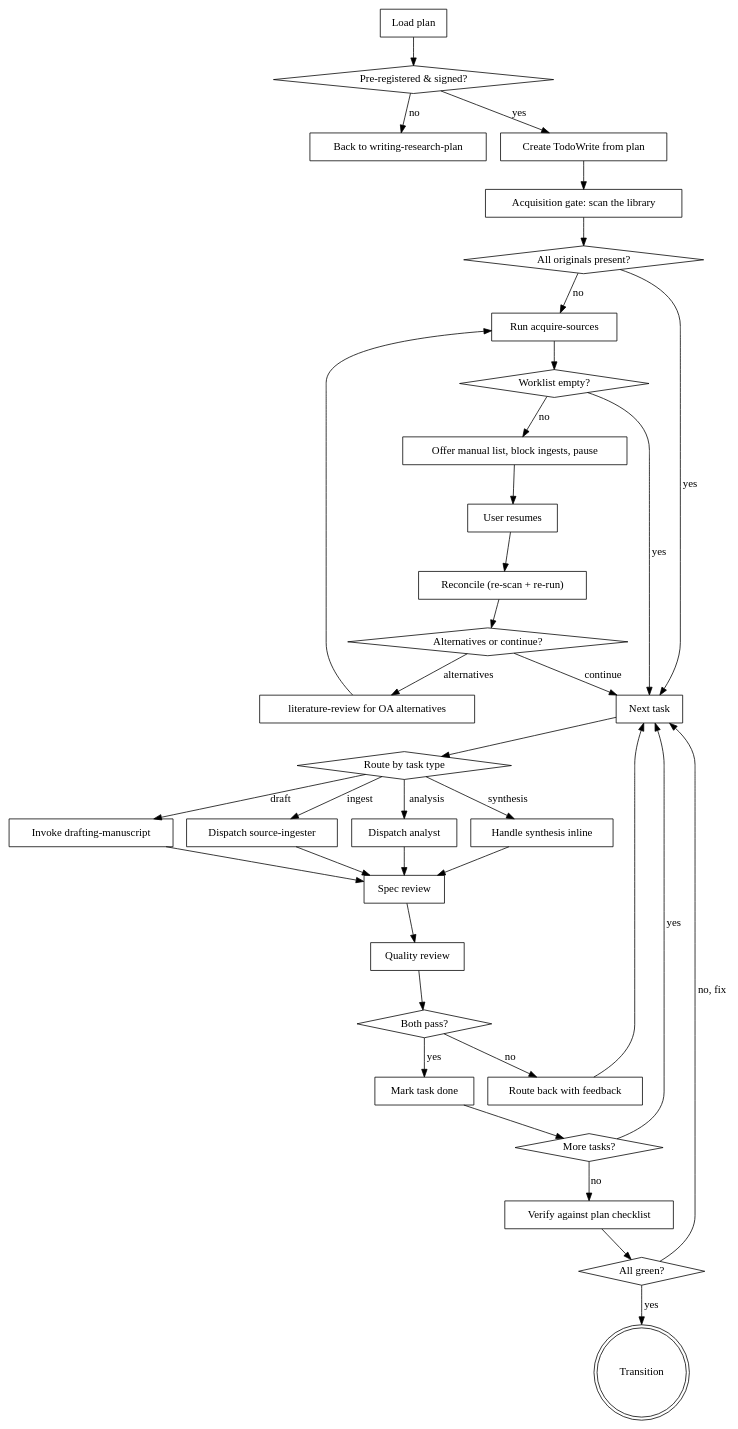
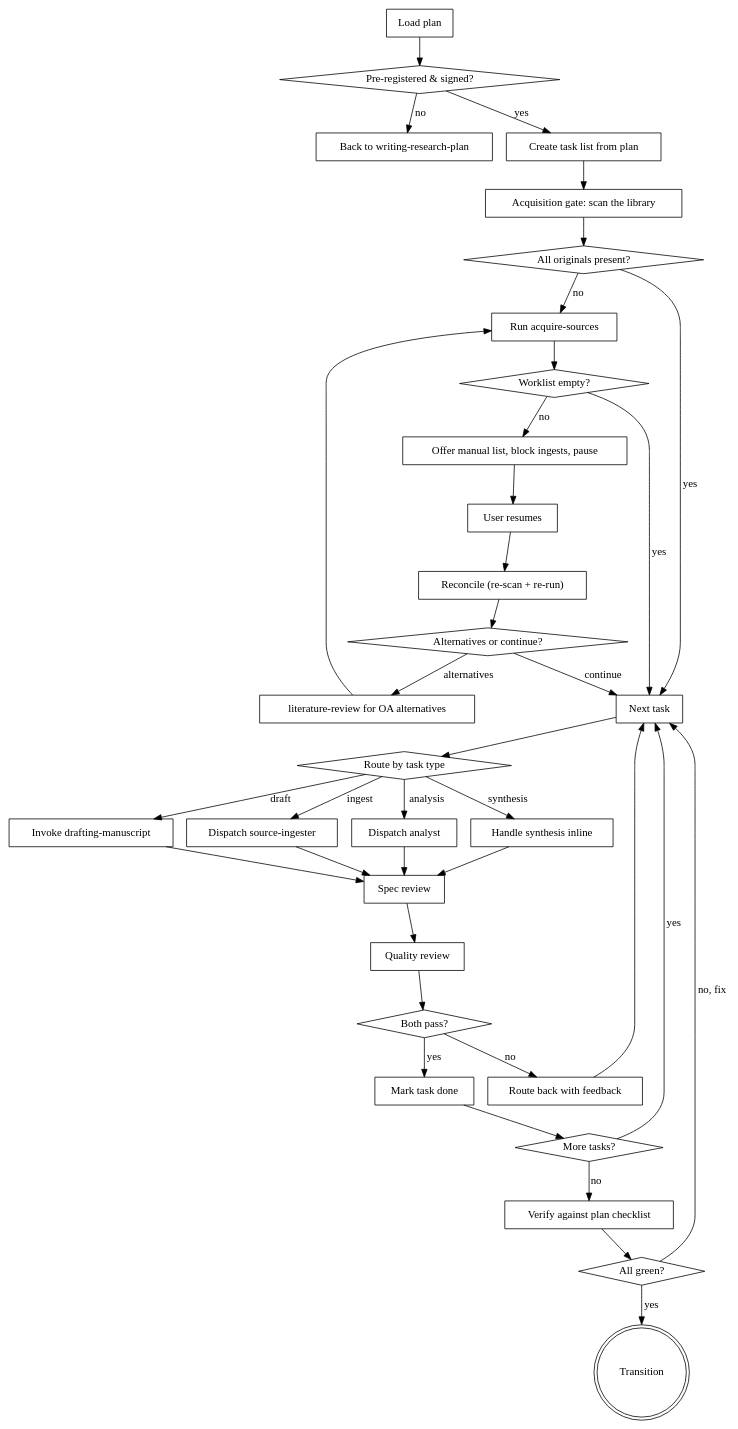
Before and after one commit to leiverkus/research-superpowers: the diagram in skills/executing-research-plan/SKILL.md, drawn with Graphviz. The commit also changed other lines of this file and 20 other files, not shown here.

````diff
--- a/skills/executing-research-plan/SKILL.md
+++ b/skills/executing-research-plan/SKILL.md
@@ -115,69 +115,69 @@
 ```dot
 digraph executing {
     "Load plan" [shape=box];
     "Pre-registered & signed?" [shape=diamond];
     "Back to writing-research-plan" [shape=box];
-    "Create TodoWrite from plan" [shape=box];
+    "Create task list from plan" [shape=box];
     "Acquisition gate: scan the library" [shape=box];
     "All originals present?" [shape=diamond];
     "Run acquire-sources" [shape=box];
     "Worklist empty?" [shape=diamond];
     "Offer manual list, block ingests, pause" [shape=box];
     "User resumes" [shape=box];
     "Reconcile (re-scan + re-run)" [shape=box];
     "Alternatives or continue?" [shape=diamond];
     "literature-review for OA alternatives" [shape=box];
     "Next task" [shape=box];
     "Route by task type" [shape=diamond];
     "Dispatch source-ingester" [shape=box];
     "Dispatch analyst" [shape=box];
     "Handle synthesis inline" [shape=box];
     "Invoke drafting-manuscript" [shape=box];
     "Spec review" [shape=box];
     "Quality review" [shape=box];
     "Both pass?" [shape=diamond];
     "Route back with feedback" [shape=box];
     "Mark task done" [shape=box];
     "More tasks?" [shape=diamond];
     "Verify against plan checklist" [shape=box];
     "All green?" [shape=diamond];
     "Transition" [shape=doublecircle];
 
     "Load plan" -> "Pre-registered & signed?";
     "Pre-registered & signed?" -> "Back to writing-research-plan" [label="no"];
-    "Pre-registered & signed?" -> "Create TodoWrite from plan" [label="yes"];
-    "Create TodoWrite from plan" -> "Acquisition gate: scan the library";
+    "Pre-registered & signed?" -> "Create task list from plan" [label="yes"];
+    "Create task list from plan" -> "Acquisition gate: scan the library";
     "Acquisition gate: scan the library" -> "All originals present?";
     "All originals present?" -> "Next task" [label="yes"];
     "All originals present?" -> "Run acquire-sources" [label="no"];
     "Run acquire-sources" -> "Worklist empty?";
     "Worklist empty?" -> "Next task" [label="yes"];
     "Worklist empty?" -> "Offer manual list, block ingests, pause" [label="no"];
     "Offer manual list, block ingests, pause" -> "User resumes";
     "User resumes" -> "Reconcile (re-scan + re-run)";
     "Reconcile (re-scan + re-run)" -> "Alternatives or continue?";
     "Alternatives or continue?" -> "literature-review for OA alternatives" [label="alternatives"];
     "literature-review for OA alternatives" -> "Run acquire-sources";
     "Alternatives or continue?" -> "Next task" [label="continue"];
     "Next task" -> "Route by task type";
     "Route by task type" -> "Dispatch source-ingester" [label="ingest"];
     "Route by task type" -> "Dispatch analyst" [label="analysis"];
     "Route by task type" -> "Handle synthesis inline" [label="synthesis"];
     "Route by task type" -> "Invoke drafting-manuscript" [label="draft"];
     "Dispatch source-ingester" -> "Spec review";
     "Dispatch analyst" -> "Spec review";
     "Handle synthesis inline" -> "Spec review";
     "Invoke drafting-manuscript" -> "Spec review";
     "Spec review" -> "Quality review";
     "Quality review" -> "Both pass?";
     "Both pass?" -> "Route back with feedback" [label="no"];
     "Route back with feedback" -> "Next task";
     "Both pass?" -> "Mark task done" [label="yes"];
     "Mark task done" -> "More tasks?";
     "More tasks?" -> "Next task" [label="yes"];
     "More tasks?" -> "Verify against plan checklist" [label="no"];
     "Verify against plan checklist" -> "All green?";
     "All green?" -> "Next task" [label="no, fix"];
     "All green?" -> "Transition" [label="yes"];
 }
 ```
````
